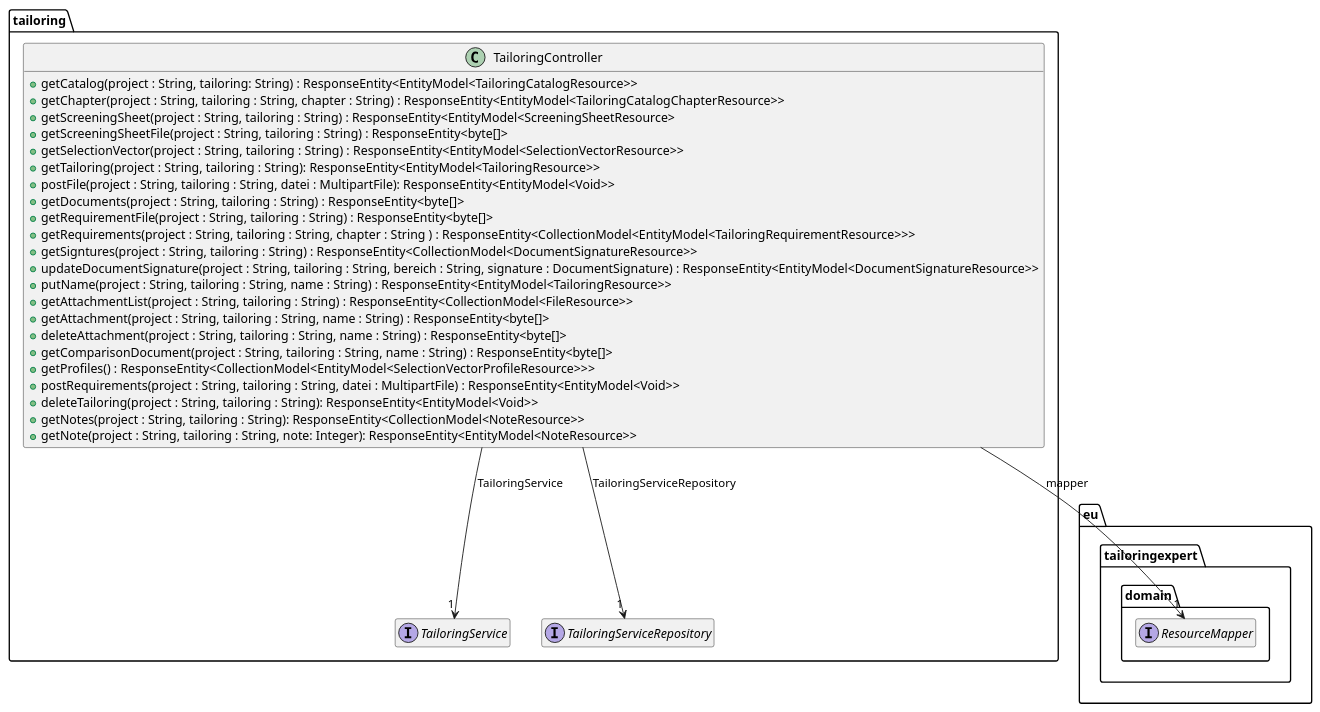
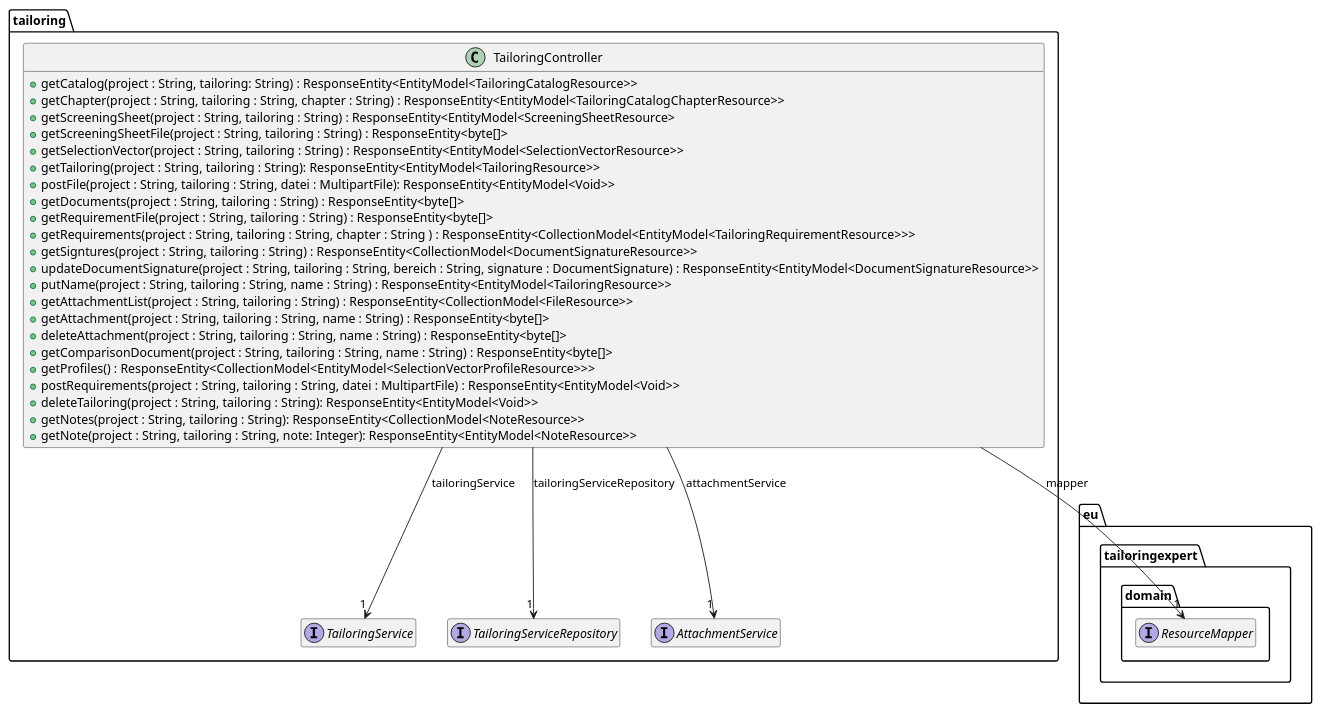
One commit to tailoringexpert/platform changed the diagram in src/site/arc42/plantuml/rest/tailoring/Ebene3.plantuml. Above: the diagram before and after it, drawn with PlantUML. The commit also changed 39 other files, not shown here.

```diff
--- a/src/site/arc42/plantuml/rest/tailoring/Ebene3.plantuml
+++ b/src/site/arc42/plantuml/rest/tailoring/Ebene3.plantuml
@@ -1,50 +1,54 @@
 @startuml
 hide empty members
 
 package eu.tailoringexpert {
     package domain {
         interface ResourceMapper
     }
 }
 
 package tailoring {
 
 
     interface TailoringService {
     }
 
     interface TailoringServiceRepository {
+    }
+
+    interface AttachmentService {
     }
 
     class TailoringController {
         +getCatalog(project : String, tailoring: String) : ResponseEntity<EntityModel<TailoringCatalogResource>>
         +getChapter(project : String, tailoring : String, chapter : String) : ResponseEntity<EntityModel<TailoringCatalogChapterResource>>
         +getScreeningSheet(project : String, tailoring : String) : ResponseEntity<EntityModel<ScreeningSheetResource>
         +getScreeningSheetFile(project : String, tailoring : String) : ResponseEntity<byte[]>
         +getSelectionVector(project : String, tailoring : String) :  ResponseEntity<EntityModel<SelectionVectorResource>>
         +getTailoring(project : String, tailoring : String): ResponseEntity<EntityModel<TailoringResource>>
         +postFile(project : String, tailoring : String, datei : MultipartFile): ResponseEntity<EntityModel<Void>>
         +getDocuments(project : String, tailoring : String) : ResponseEntity<byte[]>
         +getRequirementFile(project : String, tailoring : String) : ResponseEntity<byte[]>
         +getRequirements(project : String, tailoring : String, chapter : String ) : ResponseEntity<CollectionModel<EntityModel<TailoringRequirementResource>>>
         +getSigntures(project : String, tailoring : String) : ResponseEntity<CollectionModel<DocumentSignatureResource>>
         +updateDocumentSignature(project : String, tailoring : String, bereich : String, signature : DocumentSignature) : ResponseEntity<EntityModel<DocumentSignatureResource>>
         +putName(project : String, tailoring : String, name : String) : ResponseEntity<EntityModel<TailoringResource>>
         +getAttachmentList(project : String, tailoring : String) : ResponseEntity<CollectionModel<FileResource>>
         +getAttachment(project : String, tailoring : String, name : String) : ResponseEntity<byte[]>
         +deleteAttachment(project : String, tailoring : String, name : String) : ResponseEntity<byte[]>
         +getComparisonDocument(project : String, tailoring : String, name : String) : ResponseEntity<byte[]>
         +getProfiles() : ResponseEntity<CollectionModel<EntityModel<SelectionVectorProfileResource>>>
         +postRequirements(project : String, tailoring : String, datei : MultipartFile) : ResponseEntity<EntityModel<Void>>
         +deleteTailoring(project : String, tailoring : String): ResponseEntity<EntityModel<Void>>
         +getNotes(project : String, tailoring : String): ResponseEntity<CollectionModel<NoteResource>>
         +getNote(project : String, tailoring : String, note: Integer): ResponseEntity<EntityModel<NoteResource>>
     }
 
 
     TailoringController --> "1" ResourceMapper : mapper
-    TailoringController --> "1" TailoringService : TailoringService
-    TailoringController --> "1" TailoringServiceRepository : TailoringServiceRepository
+    TailoringController --> "1" TailoringService : tailoringService
+    TailoringController --> "1" TailoringServiceRepository : tailoringServiceRepository
+    TailoringController --> "1" AttachmentService : attachmentService
 
 }
 @enduml
```
